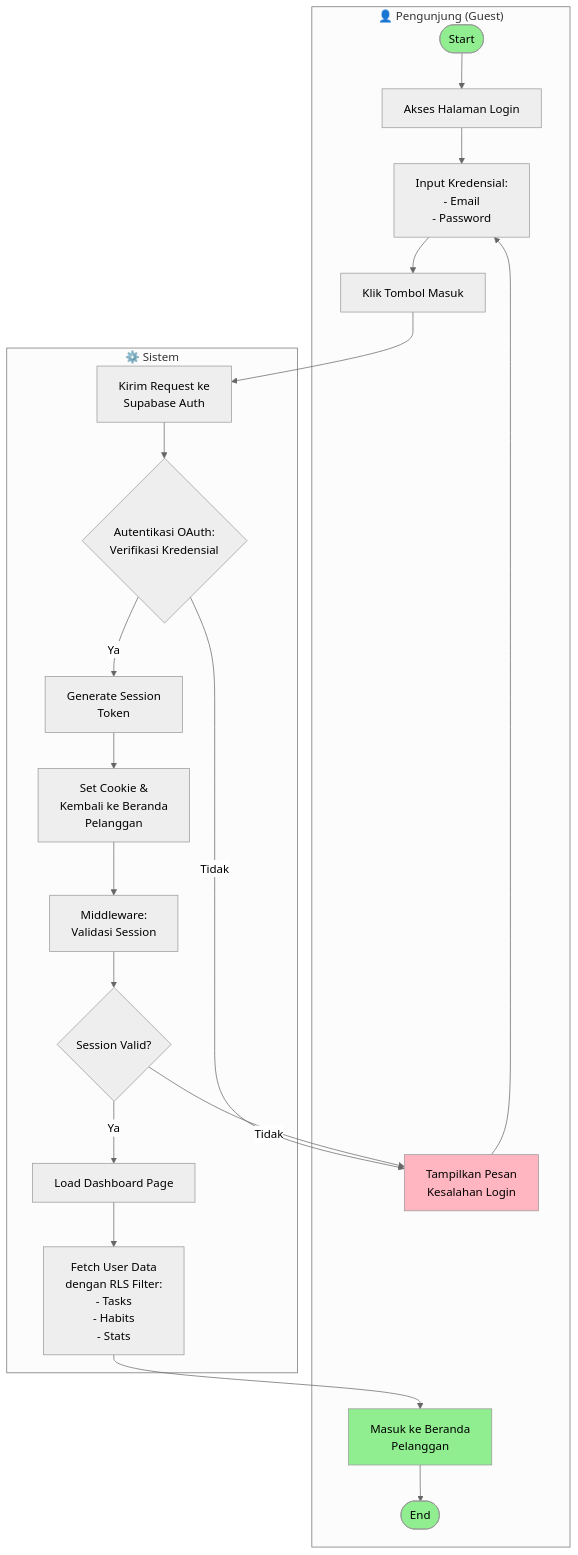
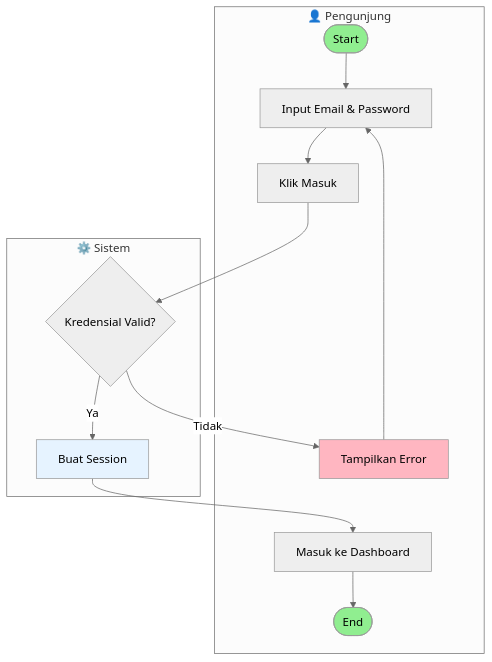
The second of 11 diagrams in ACTIVITY_DIAGRAMS.md (FarhanEfendi21/FlowDay), drawn with Mermaid (neutral theme) before and after one commit. The commit also changed other lines of this file, not shown here.

Commit message:
fix activity diagram

````diff
--- a/ACTIVITY_DIAGRAMS.md
+++ b/ACTIVITY_DIAGRAMS.md
@@ -76,31 +59,23 @@
 ```mermaid
 graph TD
-    subgraph User["👤 Pengunjung (Guest)"]
-        Start([Start]) --> AccessLogin[Akses Halaman Login]
-        AccessLogin --> InputCred[Input Kredensial:<br/>- Email<br/>- Password]
-        InputCred --> ClickLogin[Klik Tombol Masuk]
-        ErrorAuth[Tampilkan Pesan<br/>Kesalahan Login] --> InputCred
-        DisplayDash[Masuk ke Beranda<br/>Pelanggan] --> End([End])
+    subgraph Guest["👤 Pengunjung"]
+        A([Start]) --> B[Input Email & Password]
+        B --> C[Klik Masuk]
+        E[Tampilkan Error] --> B
+        G[Masuk ke Dashboard] --> H([End])
     end
     
     subgraph System["⚙️ Sistem"]
-        SendAuth[Kirim Request ke<br/>Supabase Auth]
-        SendAuth --> ValidateAuth{Autentikasi OAuth:<br/>Verifikasi Kredensial}
-        ValidateAuth -->|Tidak| ErrorAuth
-        ValidateAuth -->|Ya| CreateSession[Generate Session<br/>Token]
-        CreateSession --> SetCookie[Set Cookie &<br/>Kembali ke Beranda<br/>Pelanggan]
-        SetCookie --> Middleware[Middleware:<br/>Validasi Session]
-        Middleware --> CheckSession{Session Valid?}
-        CheckSession -->|Tidak| ErrorAuth
-        CheckSession -->|Ya| LoadDash[Load Dashboard Page]
-        LoadDash --> FetchData[Fetch User Data<br/>dengan RLS Filter:<br/>- Tasks<br/>- Habits<br/>- Stats]
-        FetchData --> DisplayDash
+        D{Kredensial Valid?}
+        D -->|Tidak| E
+        D -->|Ya| F[Buat Session]
+        F --> G
     end
     
-    ClickLogin --> SendAuth
+    C --> D
 
-    style Start fill:#90EE90
-    style End fill:#90EE90
-    style ErrorAuth fill:#FFB6C1
-    style DisplayDash fill:#90EE90
+    style A fill:#90EE90
+    style H fill:#90EE90
+    style E fill:#FFB6C1
+    style F fill:#E6F3FF
 ```
````
